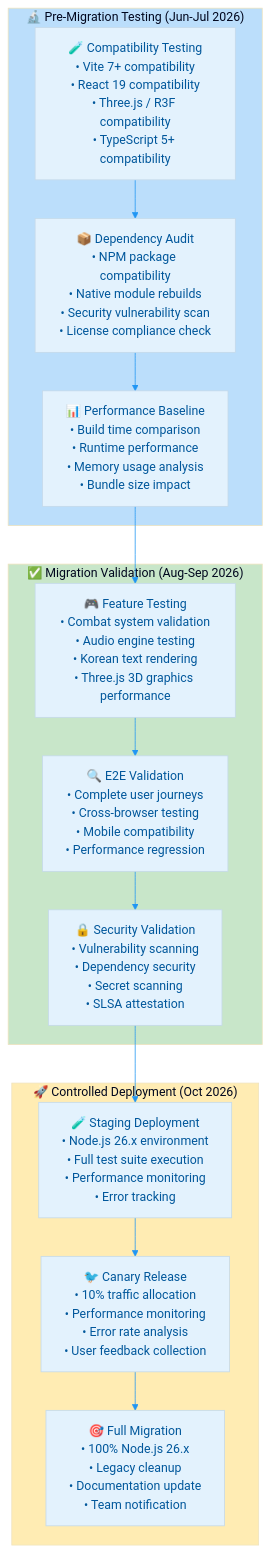
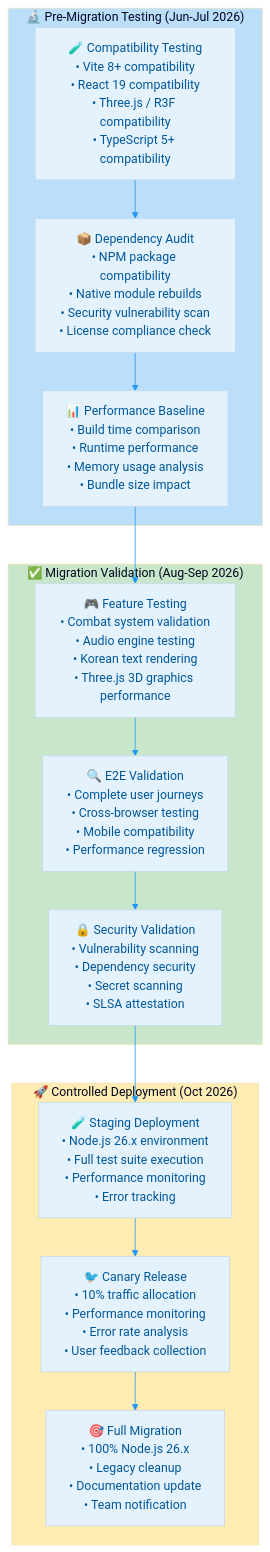
Before and after one commit to Hack23/blacktrigram: the third of 8 diagrams in End-of-Life-Strategy.md, drawn with Mermaid. The commit also changed other lines of this file and 3 other files, not shown here.

Commit message:
Fix README stack badges (Three.js 0.183, R3F 9.5, Vite 8, Web Audio), development.md Three.js version, and End-of-Life-Strategy.md remaining Vite 7 refs

````diff
--- a/End-of-Life-Strategy.md
+++ b/End-of-Life-Strategy.md
@@ -252,45 +252,45 @@
 ```mermaid
 %%{
   init: {
     'theme': 'base',
     'themeVariables': {
       'primaryColor': '#e3f2fd',
       'primaryTextColor': '#01579b',
       'lineColor': '#2196f3',
       'secondaryColor': '#f1f8e9',
       'tertiaryColor': '#fff8e1'
     }
   }
 }%%
 flowchart TB
     subgraph PREPARATION["🔬 Pre-Migration Testing (Jun-Jul 2026)"]
-        COMPAT_TEST["🧪 Compatibility Testing<br/>• Vite 7+ compatibility<br/>• React 19 compatibility<br/>• Three.js / R3F compatibility<br/>• TypeScript 5+ compatibility"]
+        COMPAT_TEST["🧪 Compatibility Testing<br/>• Vite 8+ compatibility<br/>• React 19 compatibility<br/>• Three.js / R3F compatibility<br/>• TypeScript 5+ compatibility"]
         DEP_AUDIT["📦 Dependency Audit<br/>• NPM package compatibility<br/>• Native module rebuilds<br/>• Security vulnerability scan<br/>• License compliance check"]
         PERF_BASELINE["📊 Performance Baseline<br/>• Build time comparison<br/>• Runtime performance<br/>• Memory usage analysis<br/>• Bundle size impact"]
     end
 
     subgraph VALIDATION["✅ Migration Validation (Aug-Sep 2026)"]
         FEATURE_TEST["🎮 Feature Testing<br/>• Combat system validation<br/>• Audio engine testing<br/>• Korean text rendering<br/>• Three.js 3D graphics performance"]
         E2E_VALIDATION["🔍 E2E Validation<br/>• Complete user journeys<br/>• Cross-browser testing<br/>• Mobile compatibility<br/>• Performance regression"]
         SECURITY_SCAN["🔒 Security Validation<br/>• Vulnerability scanning<br/>• Dependency security<br/>• Secret scanning<br/>• SLSA attestation"]
     end
 
     subgraph DEPLOYMENT["🚀 Controlled Deployment (Oct 2026)"]
         STAGING_DEPLOY["🧪 Staging Deployment<br/>• Node.js 26.x environment<br/>• Full test suite execution<br/>• Performance monitoring<br/>• Error tracking"]
         CANARY_RELEASE["🐦 Canary Release<br/>• 10% traffic allocation<br/>• Performance monitoring<br/>• Error rate analysis<br/>• User feedback collection"]
         FULL_MIGRATION["🎯 Full Migration<br/>• 100% Node.js 26.x<br/>• Legacy cleanup<br/>• Documentation update<br/>• Team notification"]
     end
 
     COMPAT_TEST --> DEP_AUDIT
     DEP_AUDIT --> PERF_BASELINE
     PERF_BASELINE --> FEATURE_TEST
     FEATURE_TEST --> E2E_VALIDATION
     E2E_VALIDATION --> SECURITY_SCAN
     SECURITY_SCAN --> STAGING_DEPLOY
     STAGING_DEPLOY --> CANARY_RELEASE
     CANARY_RELEASE --> FULL_MIGRATION
 
     style PREPARATION fill:#bbdefb
     style VALIDATION fill:#c8e6c9
     style DEPLOYMENT fill:#ffecb3
 ```
````
